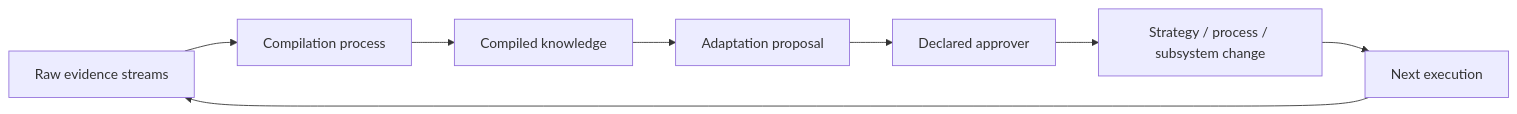
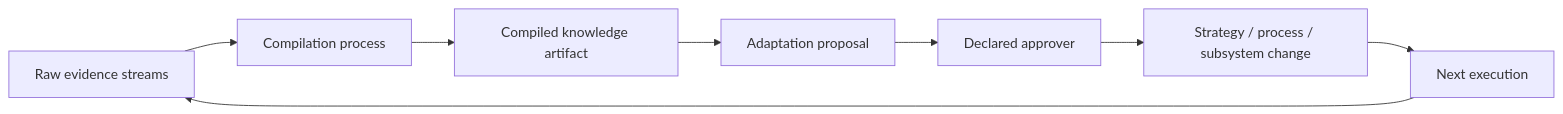
The third of 5 diagrams in framework/VISUALIZATION.md (flooper68/adaptive-problem-solving-systems), drawn with Mermaid before and after one commit. The commit also changed other lines of this file and 26 other files, not shown here.

````diff
--- a/framework/VISUALIZATION.md
+++ b/framework/VISUALIZATION.md
@@ -73,10 +73,10 @@
 ```mermaid
 flowchart LR
     streams["Raw evidence streams"] --> compiler["Compilation process"]
-    compiler --> knowledge["Compiled knowledge"]
+    compiler --> knowledge["Compiled knowledge artifact"]
     knowledge --> proposal["Adaptation proposal"]
     proposal --> approval["Declared approver"]
     approval --> strategy["Strategy / process / subsystem change"]
     strategy --> nextRun["Next execution"]
     nextRun --> streams
 ```
````
